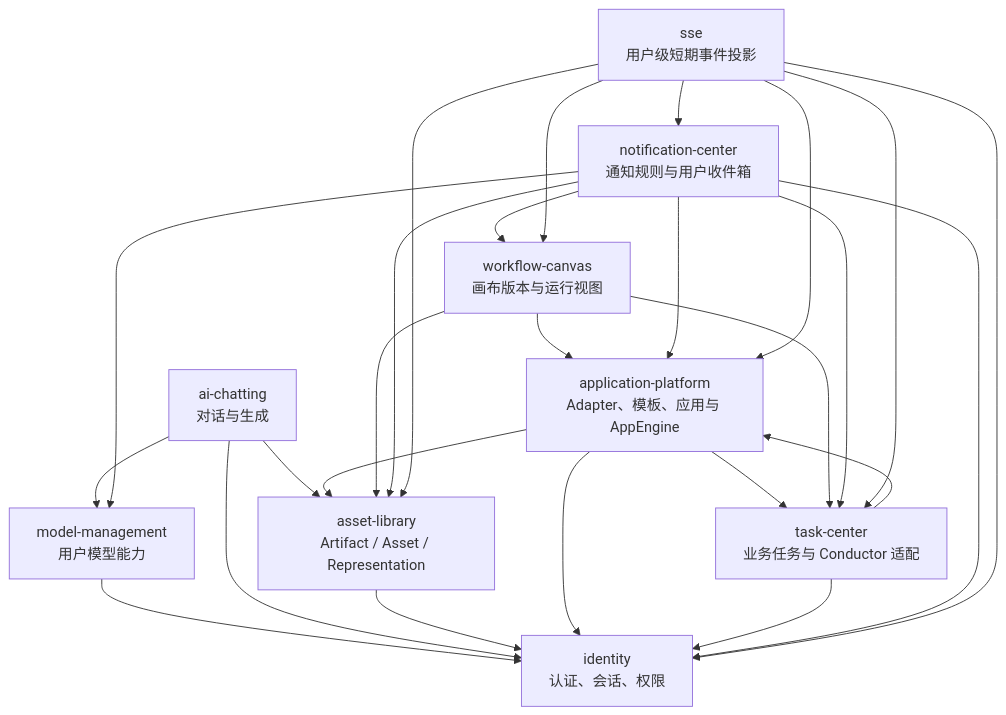
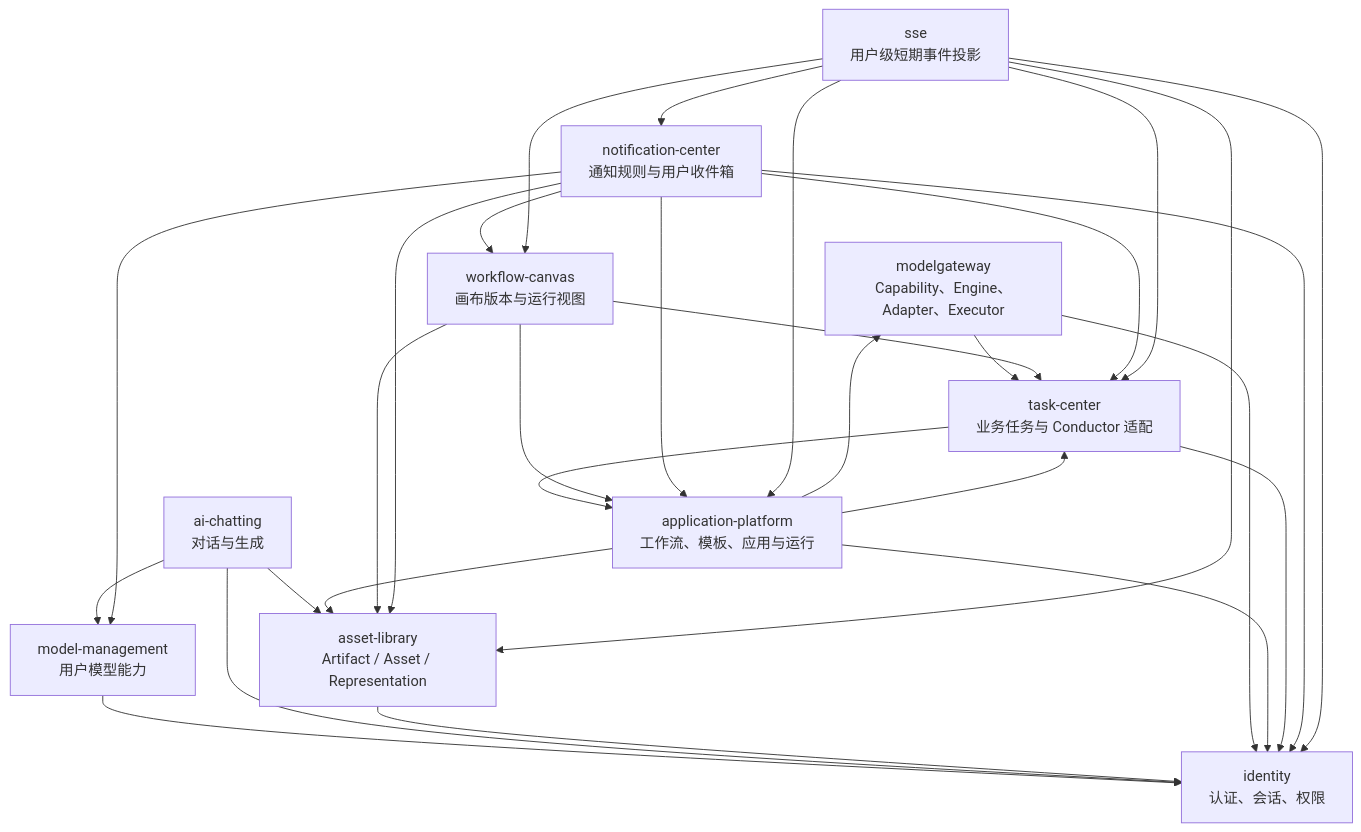
The first of 4 diagrams in 02_architecture/global-architecture.md (wangweihong/omnimam-spec), drawn with Mermaid before and after one commit. The commit also changed other lines of this file and 32 other files, not shown here.

Commit message:
spec: migrate gateway core to modelgateway

````diff
--- a/02_architecture/global-architecture.md
+++ b/02_architecture/global-architecture.md
@@ -27,39 +28,43 @@
 ```mermaid
 graph TD
   Identity["identity<br/>认证、会话、权限"]
   Model["model-management<br/>用户模型能力"]
   Chat["ai-chatting<br/>对话与生成"]
   Asset["asset-library<br/>Artifact / Asset / Representation"]
-  App["application-platform<br/>Adapter、模板、应用与 AppEngine"]
+  Gateway["modelgateway<br/>Capability、Engine、Adapter、Executor"]
+  App["application-platform<br/>工作流、模板、应用与运行"]
   Task["task-center<br/>业务任务与 Conductor 适配"]
   Canvas["workflow-canvas<br/>画布版本与运行视图"]
   Notify["notification-center<br/>通知规则与用户收件箱"]
   SSE["sse<br/>用户级短期事件投影"]
 
   Chat --> Model
   Chat --> Asset
+  App --> Gateway
   App --> Task
   App --> Asset
+  Gateway --> Task
   Task --> App
   Canvas --> Task
   Canvas --> App
   Canvas --> Asset
   Notify --> Task
   Notify --> App
   Notify --> Asset
   Notify --> Canvas
   Notify --> Model
   SSE --> Notify
   SSE --> Task
   SSE --> App
   SSE --> Asset
   SSE --> Canvas
 
   Model --> Identity
   Chat --> Identity
   Asset --> Identity
+  Gateway --> Identity
   App --> Identity
   Task --> Identity
   Notify --> Identity
   SSE --> Identity
 ```
````
